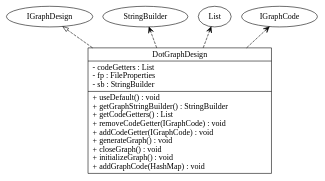
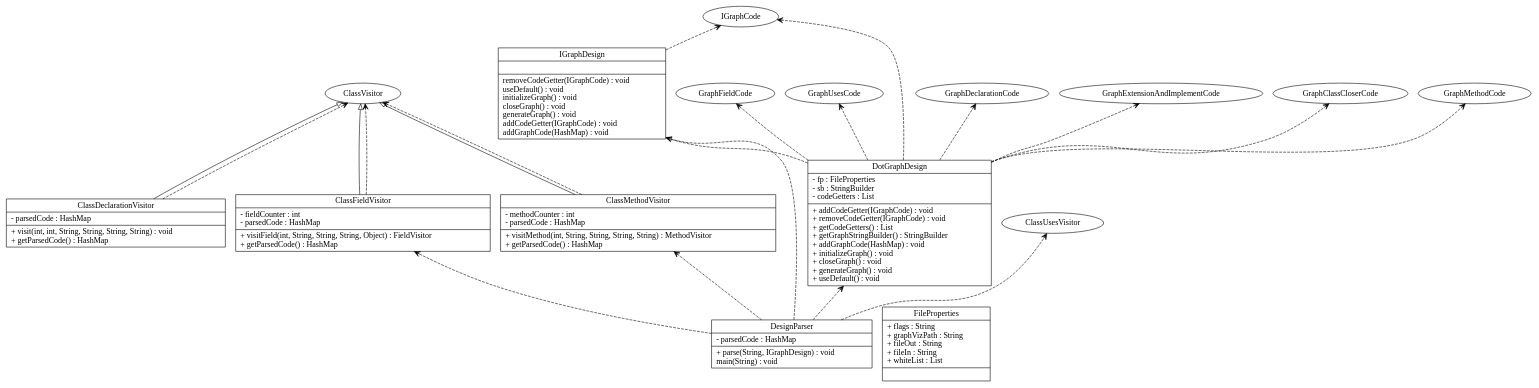
One commit to JGSquared/374Project changed the diagram in input_output/374Project.gv. Above: the diagram before and after it, drawn with Graphviz. The commit also changed 4 other files, not shown here.

Commit message:
Added graph code for Uses

```diff
--- a/input_output/374Project.gv
+++ b/input_output/374Project.gv
@@ -1,6 +1,24 @@
 digraph G{
 rankdir=BT;
-DotGraphDesign [
+ClassDeclarationVisitor [
 shape="record",
-label = "{DotGraphDesign|- codeGetters : List\l- fp : FileProperties\l- sb : StringBuilder\l|+ useDefault() : void\l+ getGraphStringBuilder() : StringBuilder\l+ getCodeGetters() : List\l+ removeCodeGetter(IGraphCode) : void\l+ addCodeGetter(IGraphCode) : void\l+ generateGraph() : void\l+ closeGraph() : void\l+ initializeGraph() : void\l+ addGraphCode(HashMap) : void\l}"
-];DotGraphDesign -> IGraphDesign [arrowhead="onormal", style="dashed"];DotGraphDesign -> StringBuilder [arrowhead="open", style="dashed"];DotGraphDesign -> List [arrowhead="open", style="dashed"];DotGraphDesign -> IGraphCode [arrowhead="open", style="dashed"];}
+label = "{ClassDeclarationVisitor|- parsedCode : HashMap\l|+ visit(int, int, String, String, String, String) : void\l+ getParsedCode() : HashMap\l}"
+];ClassDeclarationVisitor -> ClassVisitor [arrowhead="onormal", style="solid"];ClassDeclarationVisitor -> ClassVisitor [arrowhead="open", style="dashed"];ClassFieldVisitor [
+shape="record",
+label = "{ClassFieldVisitor|- fieldCounter : int\l- parsedCode : HashMap\l|+ visitField(int, String, String, String, Object) : FieldVisitor\l+ getParsedCode() : HashMap\l}"
+];ClassFieldVisitor -> ClassVisitor [arrowhead="onormal", style="solid"];ClassFieldVisitor -> ClassVisitor [arrowhead="open", style="dashed"];ClassMethodVisitor [
+shape="record",
+label = "{ClassMethodVisitor|- methodCounter : int\l- parsedCode : HashMap\l|+ visitMethod(int, String, String, String, String) : MethodVisitor\l+ getParsedCode() : HashMap\l}"
+];ClassMethodVisitor -> ClassVisitor [arrowhead="onormal", style="solid"];ClassMethodVisitor -> ClassVisitor [arrowhead="open", style="dashed"];DesignParser [
+shape="record",
+label = "{DesignParser|- parsedCode : HashMap\l|+ parse(String, IGraphDesign) : void\l main(String) : void\l}"
+];DesignParser -> IGraphDesign [arrowhead="open", style="dashed"];DesignParser -> DotGraphDesign [arrowhead="open", style="dashed"];DesignParser -> ClassUsesVisitor [arrowhead="open", style="dashed"];DesignParser -> ClassFieldVisitor [arrowhead="open", style="dashed"];DesignParser -> ClassMethodVisitor [arrowhead="open", style="dashed"];DotGraphDesign [
+shape="record",
+label = "{DotGraphDesign|- fp : FileProperties\l- sb : StringBuilder\l- codeGetters : List\l|+ addCodeGetter(IGraphCode) : void\l+ removeCodeGetter(IGraphCode) : void\l+ getCodeGetters() : List\l+ getGraphStringBuilder() : StringBuilder\l+ addGraphCode(HashMap) : void\l+ initializeGraph() : void\l+ closeGraph() : void\l+ generateGraph() : void\l+ useDefault() : void\l}"
+];DotGraphDesign -> IGraphDesign [arrowhead="onormal", style="dashed"];DotGraphDesign -> GraphFieldCode [arrowhead="open", style="dashed"];DotGraphDesign -> GraphUsesCode [arrowhead="open", style="dashed"];DotGraphDesign -> IGraphCode [arrowhead="open", style="dashed"];DotGraphDesign -> GraphDeclarationCode [arrowhead="open", style="dashed"];DotGraphDesign -> GraphExtensionAndImplementCode [arrowhead="open", style="dashed"];DotGraphDesign -> GraphClassCloserCode [arrowhead="open", style="dashed"];DotGraphDesign -> GraphMethodCode [arrowhead="open", style="dashed"];FileProperties [
+shape="record",
+label = "{FileProperties|+ flags : String\l+ graphVizPath : String\l+ fileOut : String\l+ fileIn : String\l+ whiteList : List\l|}"
+];IGraphDesign [
+shape="record",
+label = "{IGraphDesign|| removeCodeGetter(IGraphCode) : void\l useDefault() : void\l initializeGraph() : void\l closeGraph() : void\l generateGraph() : void\l addCodeGetter(IGraphCode) : void\l addGraphCode(HashMap) : void\l}"
+];IGraphDesign -> IGraphCode [arrowhead="open", style="dashed"];}
```
